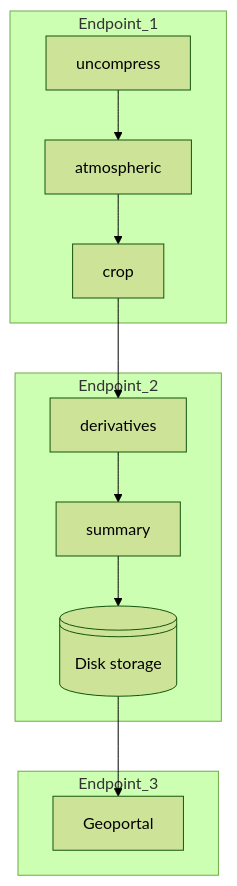
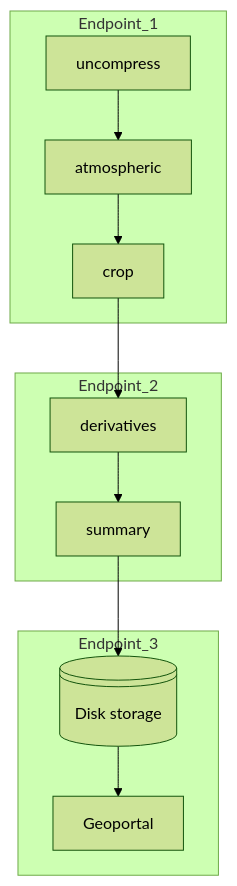
One commit to ddomizzisg/Landsat8Processing changed the diagram in README.md. Above: the diagram before and after it, drawn with Mermaid (forest theme). The commit also changed other lines of this file, not shown here.

````diff
--- a/README.md
+++ b/README.md
@@ -23,16 +23,16 @@
 ```mermaid
 flowchart TD
     subgraph Endpoint_1
     uncompress-->atmospheric
     atmospheric-->crop
     end
     subgraph Endpoint_2
     crop-->derivatives
     derivatives-->summary
-    summary-->A
     end
     subgraph Endpoint_3
+    summary-->A
     A@{ shape: lin-cyl, label: "Disk storage" }
     A-->Geoportal
     end
 ```
````
